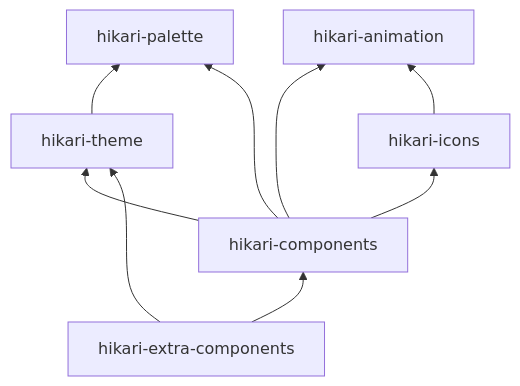
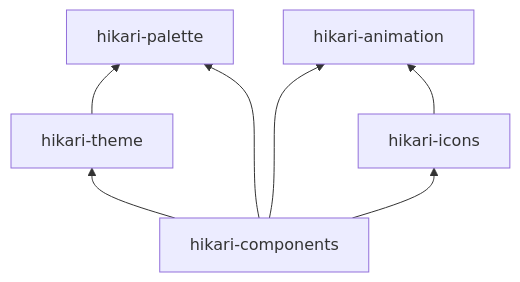
The third of 10 diagrams in docs/en/guides/ARCHITECTURE.md (celestia-island/hikari), drawn with Mermaid before and after one commit. The commit also changed other lines of this file and 87 other files, not shown here.

````diff
--- a/docs/en/guides/ARCHITECTURE.md
+++ b/docs/en/guides/ARCHITECTURE.md
@@ -85,11 +83,9 @@
 ```mermaid
 graph BT
   hikari-theme --> hikari-palette
   hikari-components --> hikari-palette
   hikari-components --> hikari-theme
   hikari-components --> hikari-icons
   hikari-components --> hikari-animation
   hikari-icons --> hikari-animation
-  hikari-extra-components --> hikari-components
-  hikari-extra-components --> hikari-theme
 ```
````
